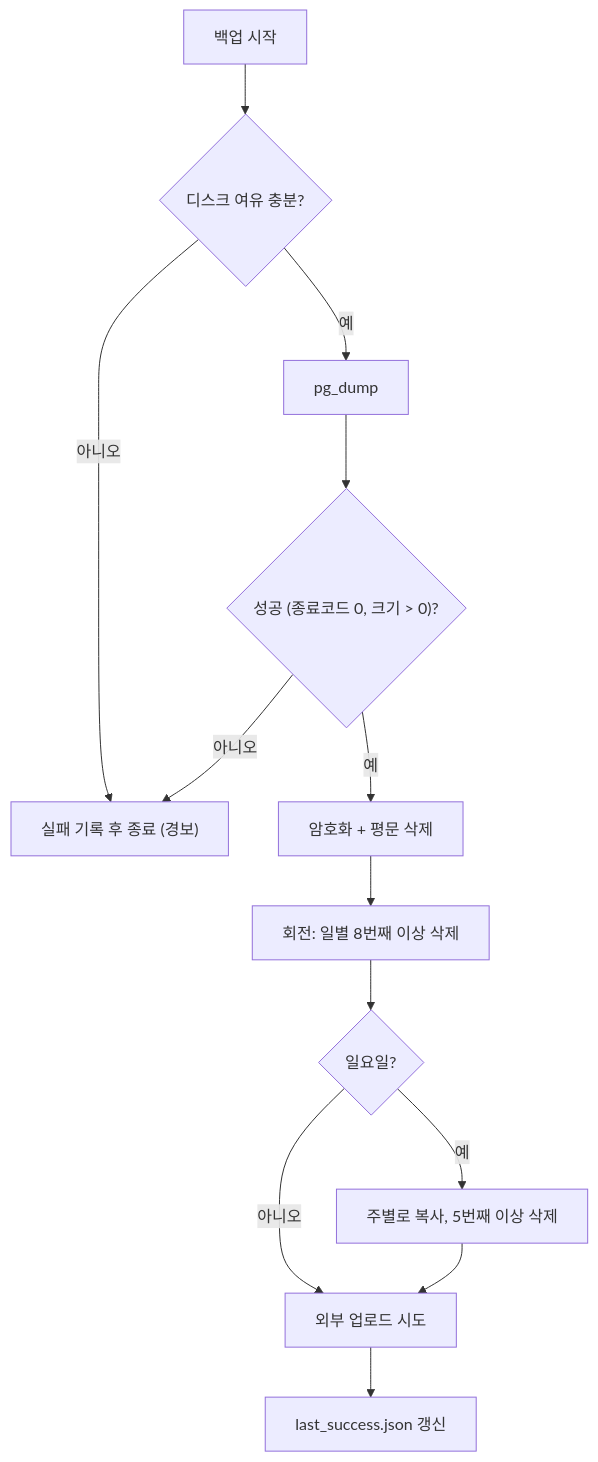
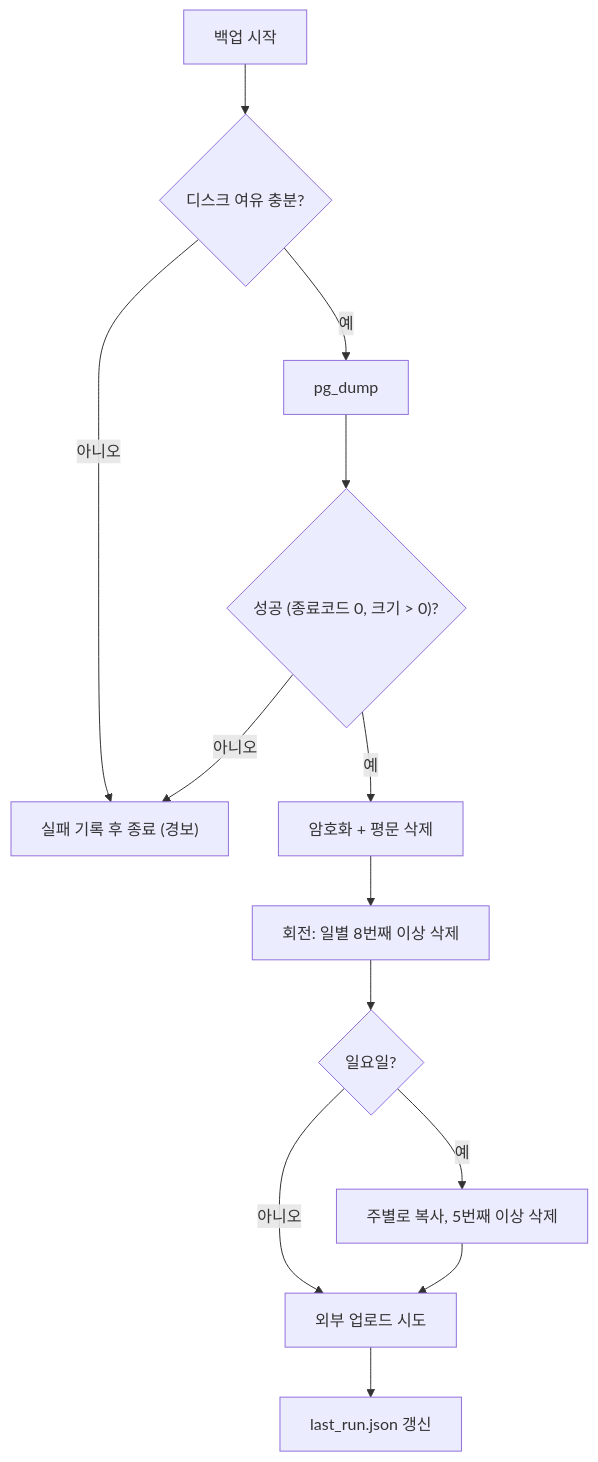
Diagram 24 of 42 in docs/design/features/17-ops-observability.md (1985jwlee/portpolio_backend), drawn with Mermaid before and after one commit. The commit also changed other lines of this file and 18 other files, not shown here.

````diff
--- a/docs/design/features/17-ops-observability.md
+++ b/docs/design/features/17-ops-observability.md
@@ -1385,15 +1400,15 @@
 ```mermaid
 flowchart TD
     A["백업 시작"] --> B{"디스크 여유 충분?"}
     B -- "아니오" --> F1["실패 기록 후 종료 (경보)"]
     B -- "예" --> C["pg_dump"]
     C --> D{"성공 (종료코드 0, 크기 > 0)?"}
     D -- "아니오" --> F1
     D -- "예" --> E["암호화 + 평문 삭제"]
     E --> G["회전: 일별 8번째 이상 삭제"]
     G --> H{"일요일?"}
     H -- "예" --> I["주별로 복사, 5번째 이상 삭제"]
     H -- "아니오" --> J["외부 업로드 시도"]
     I --> J
-    J --> K["last_success.json 갱신"]
+    J --> K["last_run.json 갱신"]
 ```
````
